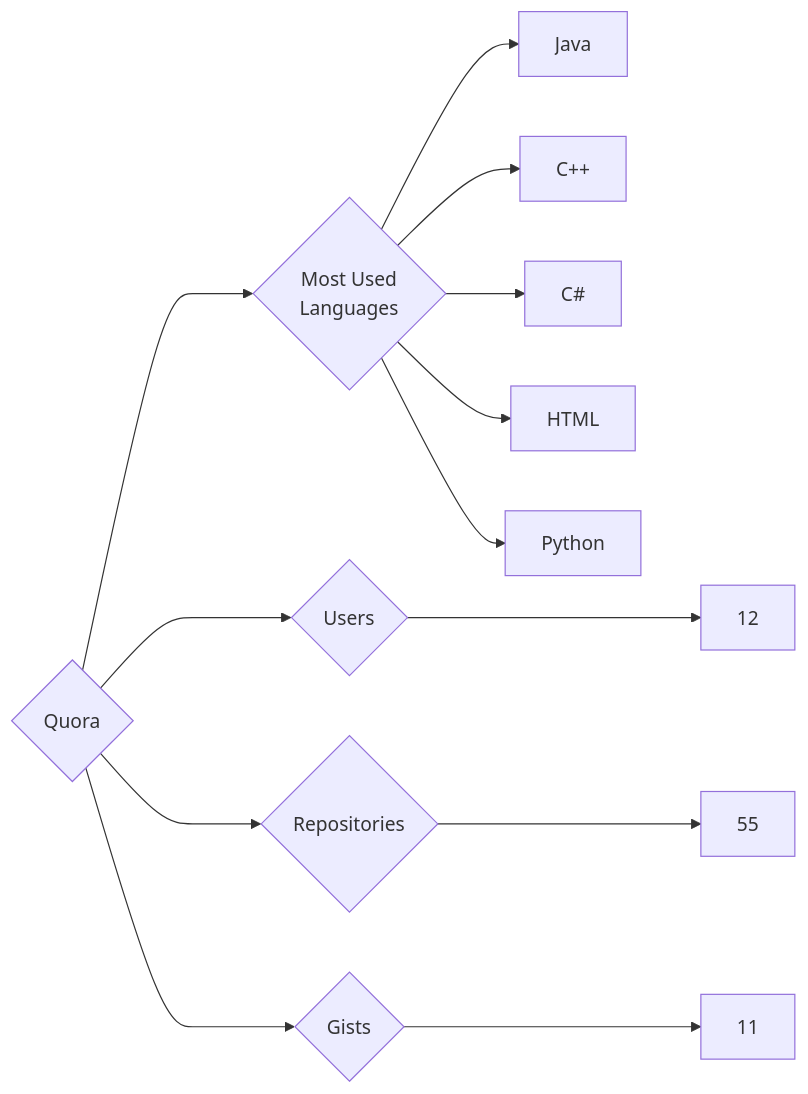
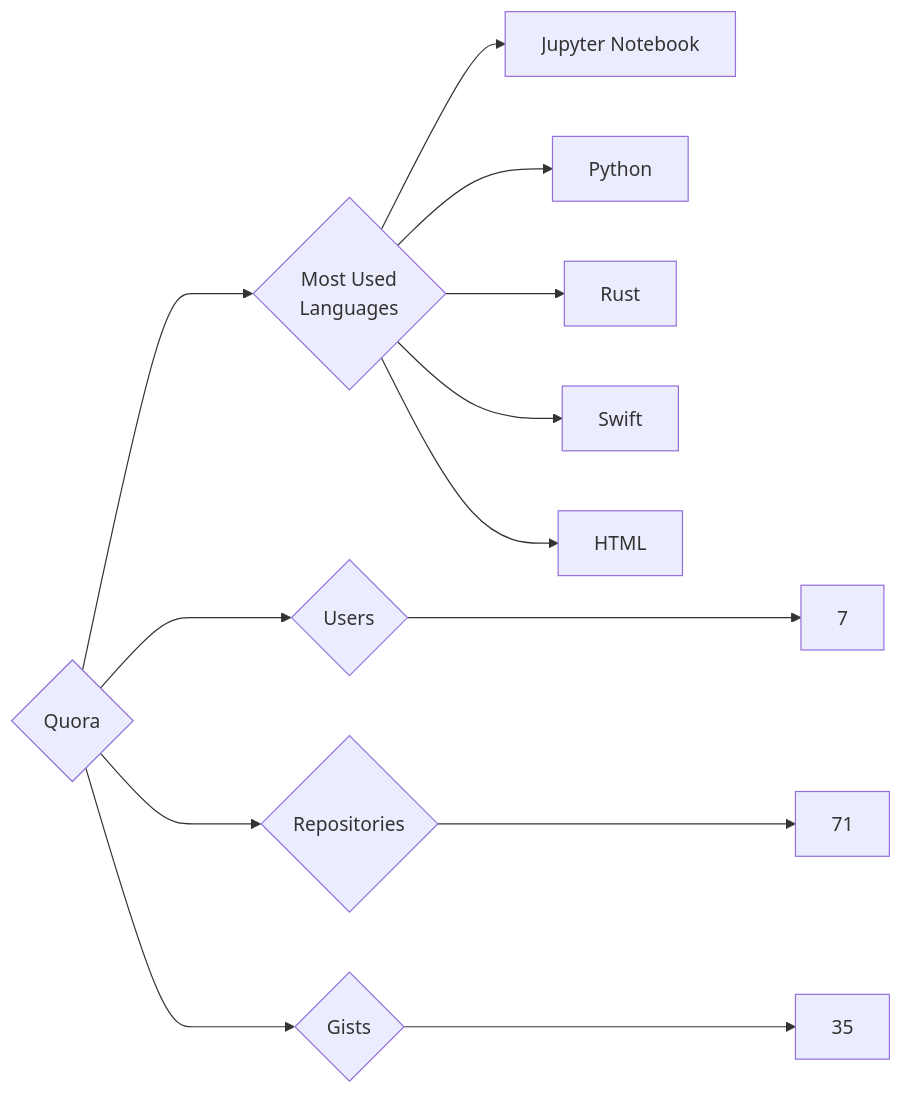
Before and after one commit to trickest/insiders: the diagram in targets/Quora/README.md, drawn with Mermaid. The commit also changed 1484 other files, not shown here.

````diff
--- a/targets/Quora/README.md
+++ b/targets/Quora/README.md
@@ -3,13 +3,13 @@
 ```mermaid
 graph LR
 COMPANY_NAME{Quora}
-COMPANY_NAME ---> U{Users} ---> UN[12]
-COMPANY_NAME ---> R{Repositories} ---> RN[55]
-COMPANY_NAME ---> G{Gists} ---> GN[11]
+COMPANY_NAME ---> U{Users} ---> UN[7]
+COMPANY_NAME ---> R{Repositories} ---> RN[71]
+COMPANY_NAME ---> G{Gists} ---> GN[35]
 COMPANY_NAME ---> ML{Most Used<br>Languages}
-ML --> Java[Java]
-ML --> C++[C++]
-ML --> C#[C#]
+ML --> Jupyter_Notebook[Jupyter Notebook]
+ML --> Python[Python]
+ML --> Rust[Rust]
+ML --> Swift[Swift]
 ML --> HTML[HTML]
-ML --> Python[Python]
 ```
````
